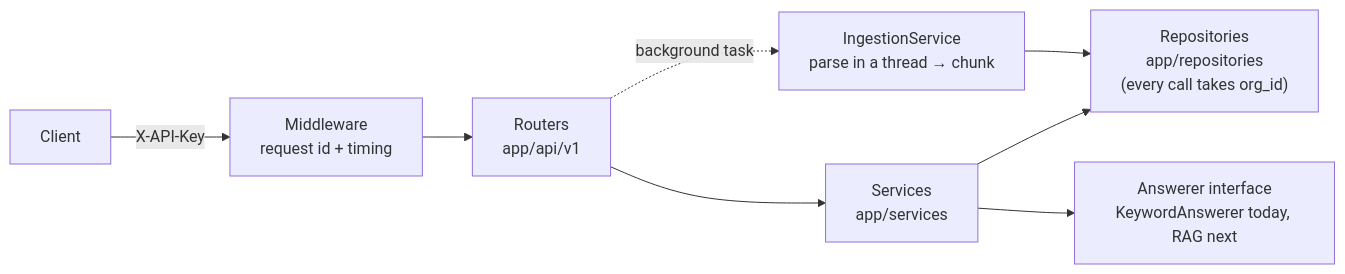
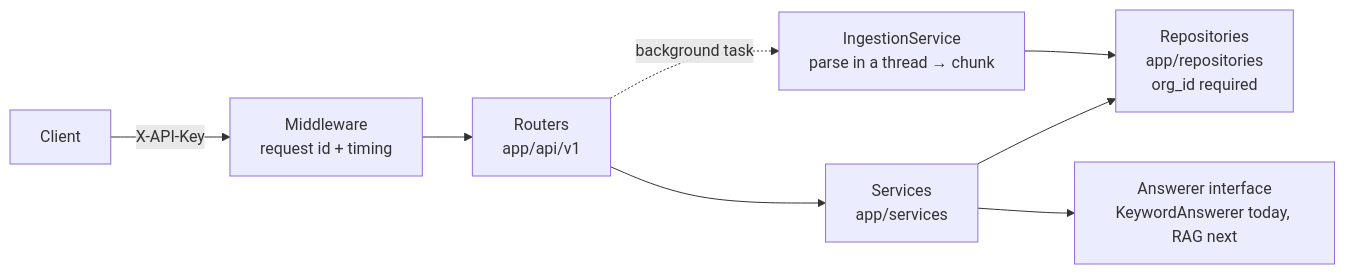
The diagram in README.md (ahmed-elembabe/DocuMind), drawn with Mermaid before and after one commit.

Commit message:
Shorten repositories label in README diagram

````diff
--- a/README.md
+++ b/README.md
@@ -23,10 +23,10 @@
 ```mermaid
 flowchart LR
     Client -->|X-API-Key| MW["Middleware<br/>request id + timing"]
     MW --> R["Routers<br/>app/api/v1"]
     R --> S["Services<br/>app/services"]
-    S --> Repo["Repositories<br/>app/repositories<br/>(every call takes org_id)"]
+    S --> Repo["Repositories<br/>app/repositories<br/>org_id required"]
     R -. background task .-> I["IngestionService<br/>parse in a thread → chunk"]
     I --> Repo
     S --> A["Answerer interface<br/>KeywordAnswerer today, RAG next"]
 ```
````
